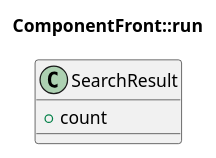
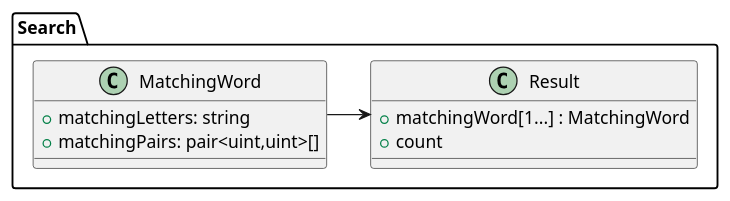
One commit to T4ng10r/PhoneticNumberSystem changed the diagram in docs/plants/searching_words.pu. Above: the diagram before and after it, drawn with PlantUML.

```diff
--- a/docs/plants/searching_words.pu
+++ b/docs/plants/searching_words.pu
@@ -1,7 +1,16 @@
 @startuml SearchResult - class diagram.png
-title ComponentFront::run
-class SearchResult { 
+namespace Search {
+class Result { 
+  + matchingWord[1...] : MatchingWord
   + count
 }
 
+class MatchingWord {
+  + matchingLetters: string
+  + matchingPairs: pair<uint,uint>[]
+}
+
+
+MatchingWord -> Result
+}
 @enduml
```
